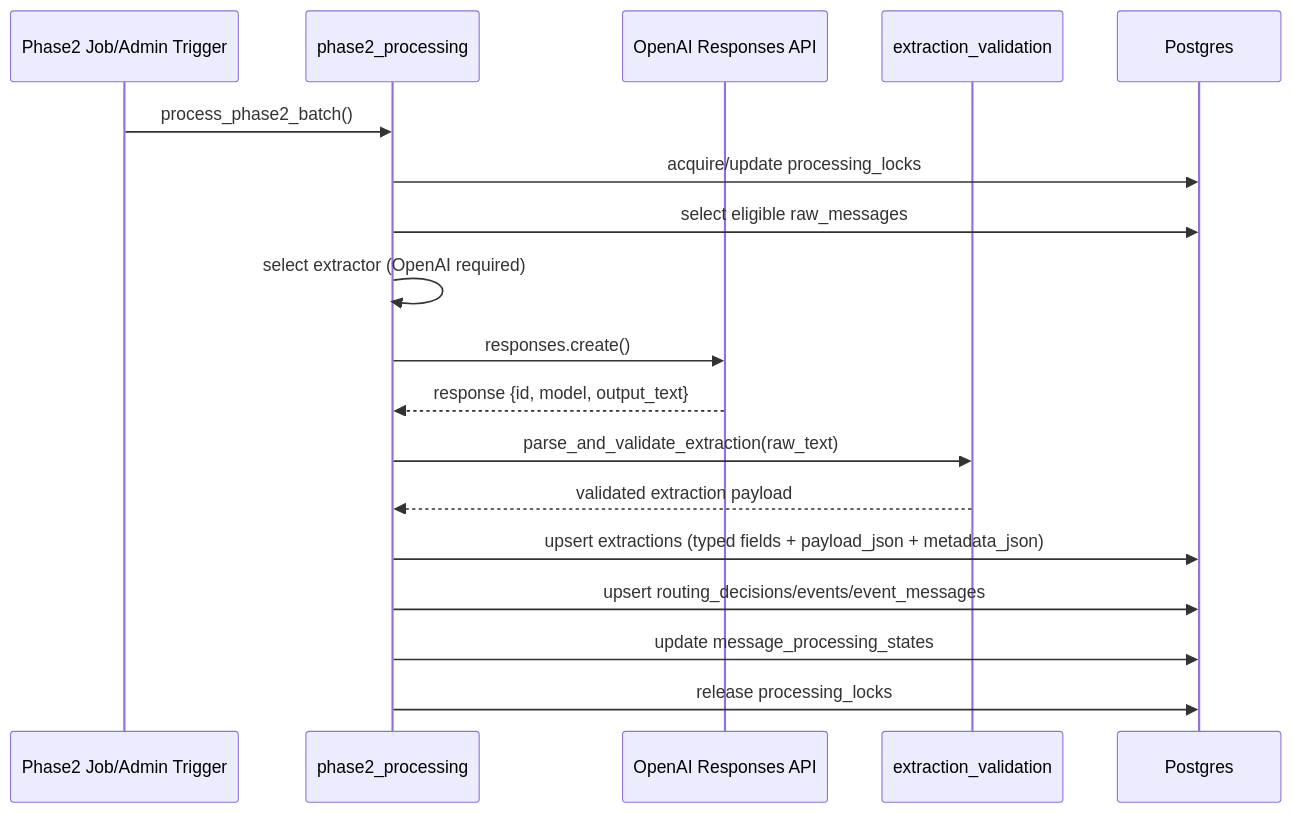
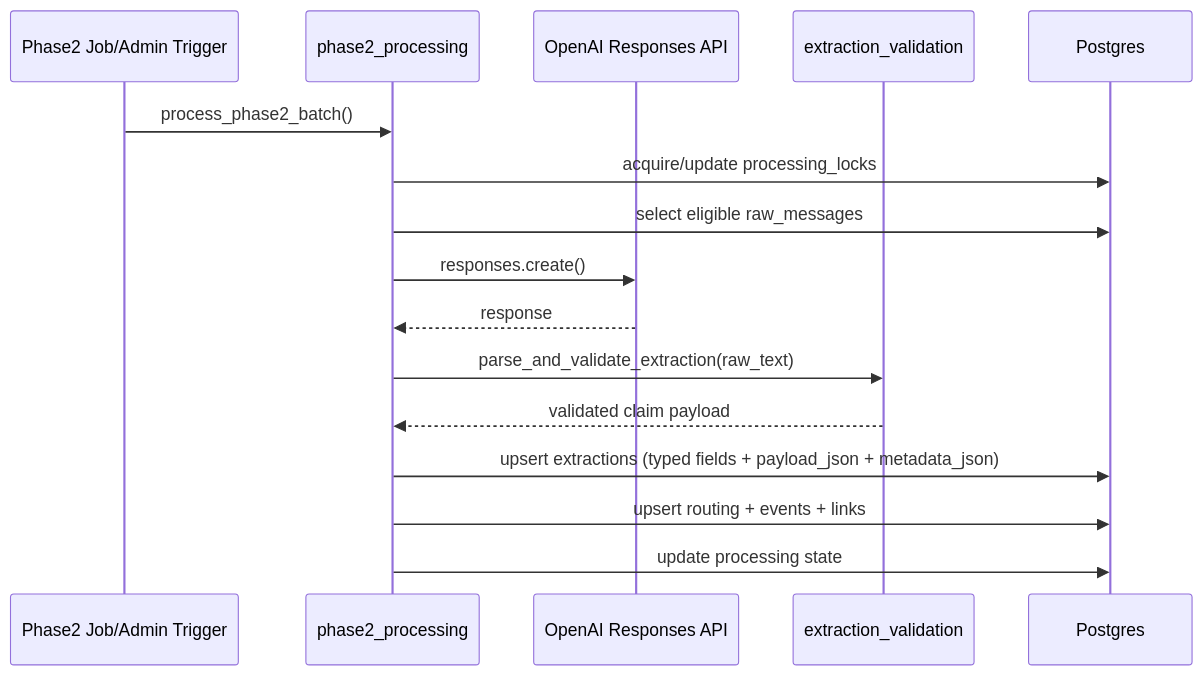
One commit to ciaranglansford/civic-quant changed the diagram in docs/02-flows/phase2_extraction_flow.md. Above: the diagram before and after it, drawn with Mermaid. The commit also changed other lines of this file and 30 other files, not shown here.

````diff
--- a/docs/02-flows/phase2_extraction_flow.md
+++ b/docs/02-flows/phase2_extraction_flow.md
@@ -41,21 +81,19 @@
 ```mermaid
 sequenceDiagram
   participant J as Phase2 Job/Admin Trigger
   participant P as phase2_processing
   participant O as OpenAI Responses API
   participant V as extraction_validation
   participant DB as Postgres
 
   J->>P: process_phase2_batch()
   P->>DB: acquire/update processing_locks
   P->>DB: select eligible raw_messages
-  P->>P: select extractor (OpenAI required)
   P->>O: responses.create()
-  O-->>P: response {id, model, output_text}
+  O-->>P: response
   P->>V: parse_and_validate_extraction(raw_text)
-  V-->>P: validated extraction payload
+  V-->>P: validated claim payload
   P->>DB: upsert extractions (typed fields + payload_json + metadata_json)
-  P->>DB: upsert routing_decisions/events/event_messages
-  P->>DB: update message_processing_states
-  P->>DB: release processing_locks
+  P->>DB: upsert routing + events + links
+  P->>DB: update processing state
 ```
````
